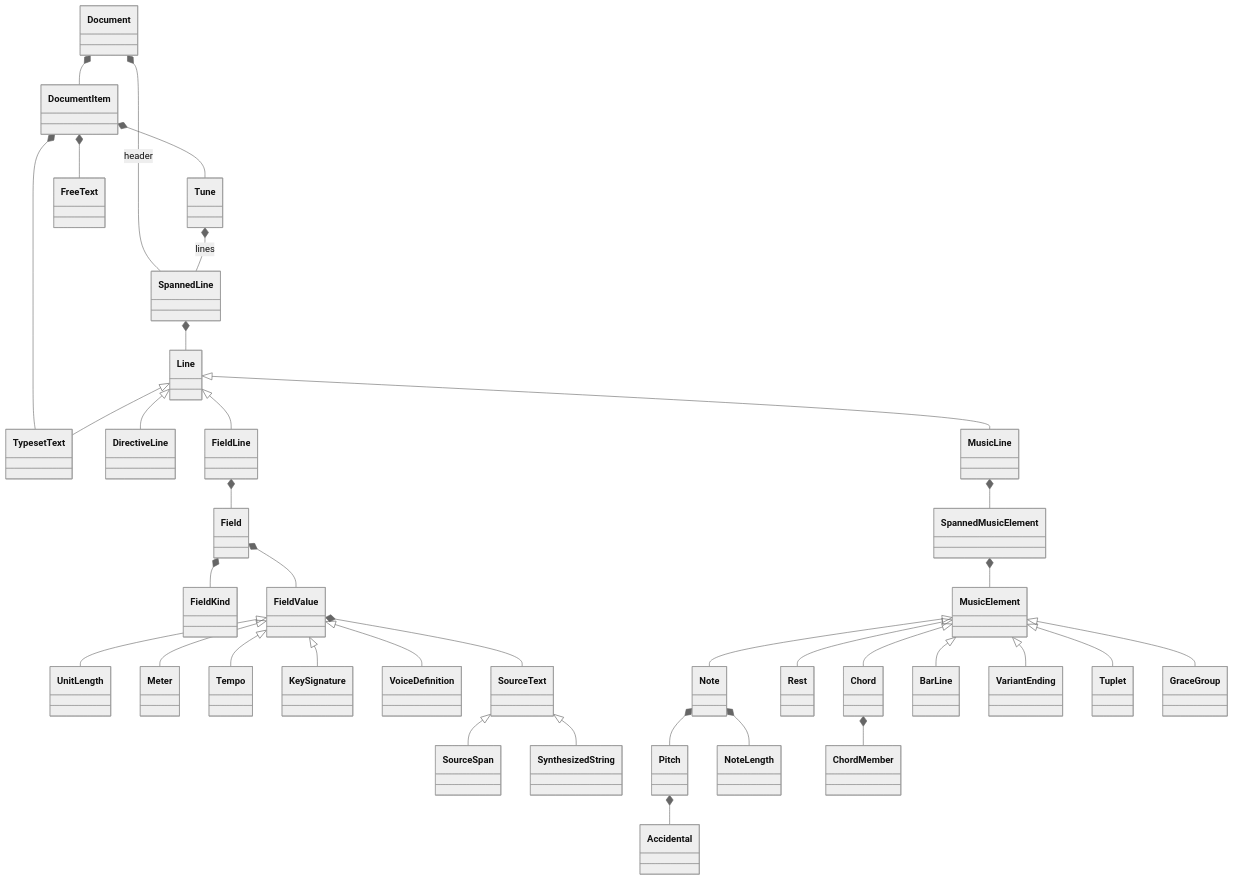
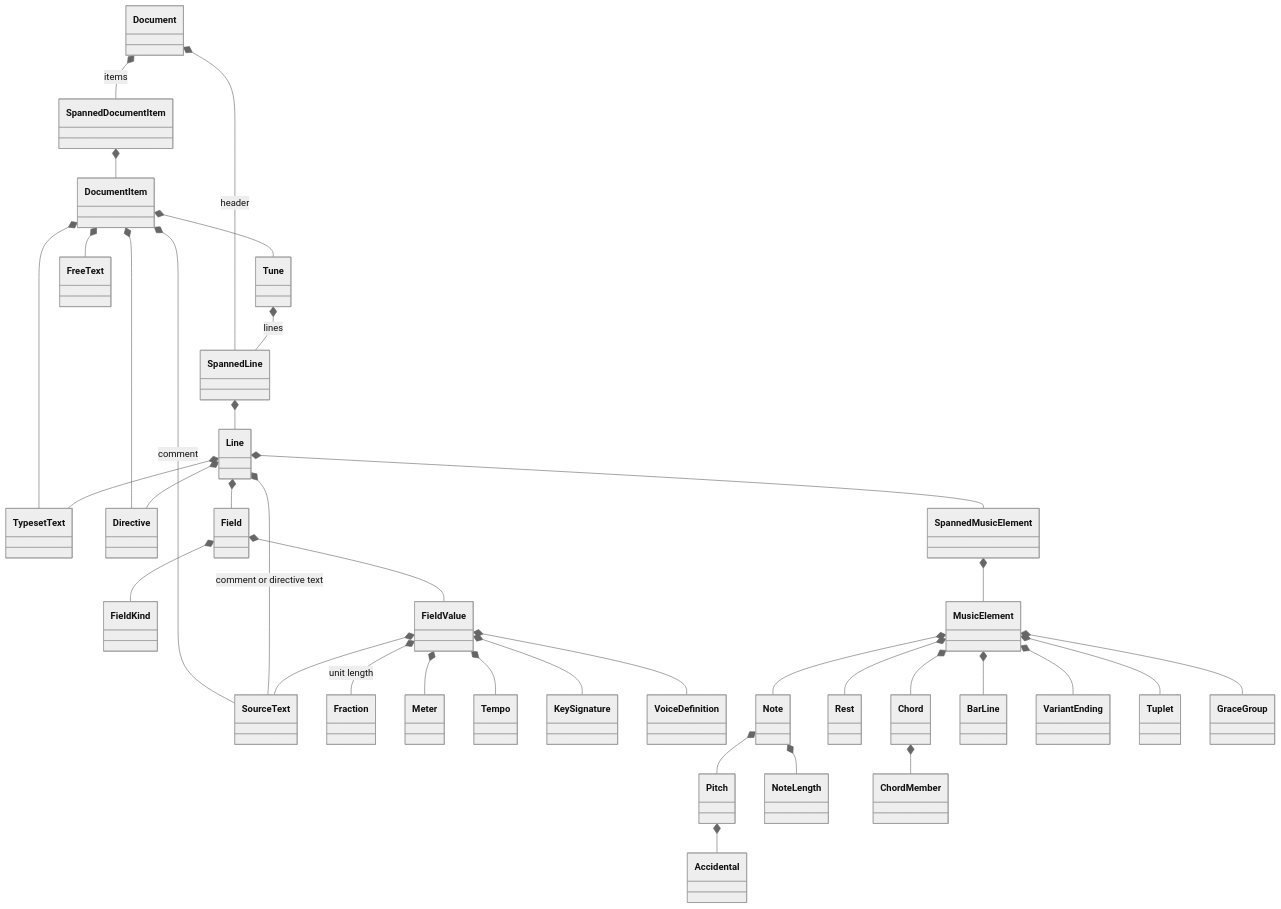
One commit to mauricebarnum/abc-parser changed the fourth of 4 diagrams in docs/architecture.md. Above: the diagram before and after it, drawn with Mermaid (neutral theme). The commit also changed other lines of this file and 3 other files, not shown here.

First line of the commit message:
Update architecture documentation

````diff
--- a/docs/architecture.md
+++ b/docs/architecture.md
@@ -233,38 +252,38 @@
 ```mermaid
 classDiagram
-    Document *-- DocumentItem
+    Document *-- SpannedDocumentItem : items
+    SpannedDocumentItem *-- DocumentItem
     DocumentItem *-- Tune
     DocumentItem *-- FreeText
     DocumentItem *-- TypesetText
+    DocumentItem *-- Directive
+    DocumentItem *-- SourceText : comment
     Document *-- SpannedLine : header
     Tune *-- SpannedLine : lines
     SpannedLine *-- Line
-    Line <|-- DirectiveLine
-    Line <|-- FieldLine
-    Line <|-- MusicLine
-    Line <|-- TypesetText
-    FieldLine *-- Field
+    Line *-- Directive
+    Line *-- Field
+    Line *-- TypesetText
+    Line *-- SpannedMusicElement
+    Line *-- SourceText : comment or directive text
     Field *-- FieldKind
     Field *-- FieldValue
-    FieldValue <|-- UnitLength
-    FieldValue <|-- Meter
-    FieldValue <|-- Tempo
-    FieldValue <|-- KeySignature
-    FieldValue <|-- VoiceDefinition
-    SourceText <|-- SourceSpan
-    SourceText <|-- SynthesizedString
+    FieldValue *-- Fraction : unit length
+    FieldValue *-- Meter
+    FieldValue *-- Tempo
+    FieldValue *-- KeySignature
+    FieldValue *-- VoiceDefinition
     FieldValue *-- SourceText
-    MusicLine *-- SpannedMusicElement
     SpannedMusicElement *-- MusicElement
-    MusicElement <|-- Note
-    MusicElement <|-- Rest
-    MusicElement <|-- Chord
-    MusicElement <|-- BarLine
-    MusicElement <|-- VariantEnding
-    MusicElement <|-- Tuplet
-    MusicElement <|-- GraceGroup
+    MusicElement *-- Note
+    MusicElement *-- Rest
+    MusicElement *-- Chord
+    MusicElement *-- BarLine
+    MusicElement *-- VariantEnding
+    MusicElement *-- Tuplet
+    MusicElement *-- GraceGroup
     Note *-- Pitch
     Note *-- NoteLength
     Pitch *-- Accidental
     Chord *-- ChordMember
 ```
````
